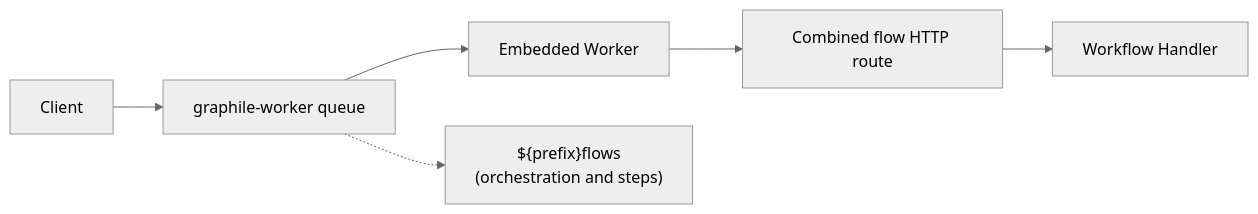
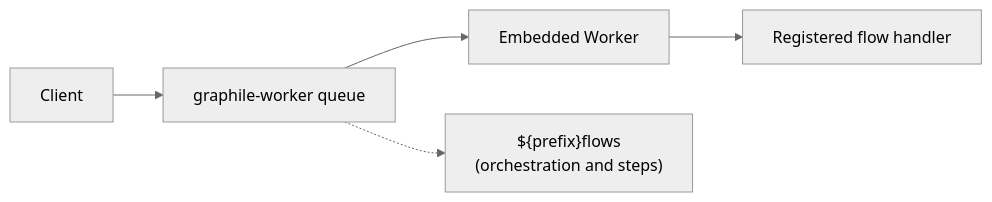
The diagram in packages/world-postgres/HOW_IT_WORKS.md (vercel/workflow), drawn with Mermaid (neutral theme) before and after one commit. The commit also changed other lines of this file and 4 other files, not shown here.

````diff
--- a/packages/world-postgres/HOW_IT_WORKS.md
+++ b/packages/world-postgres/HOW_IT_WORKS.md
@@ -11,9 +11,8 @@
 ```mermaid
 graph LR
     Client --> PG[graphile-worker queue]
     PG --> Worker[Embedded Worker]
-    Worker --> HTTP[Combined flow HTTP route]
-    HTTP --> Handler[Workflow Handler]
+    Worker --> Handler[Registered flow handler]
 
     PG -.-> F["${prefix}flows<br/>(orchestration and steps)"]
 ```
````
